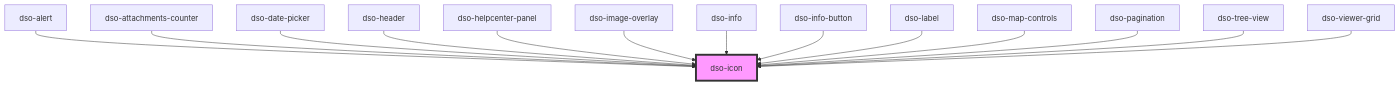
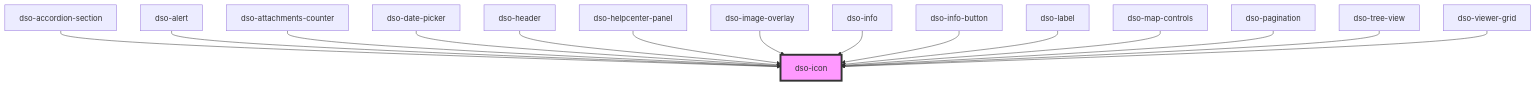
The diagram in packages/core/src/components/icon/readme.md (dso-toolkit/dso-toolkit), drawn with Mermaid before and after one commit. The commit also changed other lines of this file and 3 other files, not shown here.

````diff
--- a/packages/core/src/components/icon/readme.md
+++ b/packages/core/src/components/icon/readme.md
@@ -34,17 +35,18 @@
 ```mermaid
 graph TD;
+  dso-accordion-section --> dso-icon
   dso-alert --> dso-icon
   dso-attachments-counter --> dso-icon
   dso-date-picker --> dso-icon
   dso-header --> dso-icon
   dso-helpcenter-panel --> dso-icon
   dso-image-overlay --> dso-icon
   dso-info --> dso-icon
   dso-info-button --> dso-icon
   dso-label --> dso-icon
   dso-map-controls --> dso-icon
   dso-pagination --> dso-icon
   dso-tree-view --> dso-icon
   dso-viewer-grid --> dso-icon
   style dso-icon fill:#f9f,stroke:#333,stroke-width:4px
 ```
````
